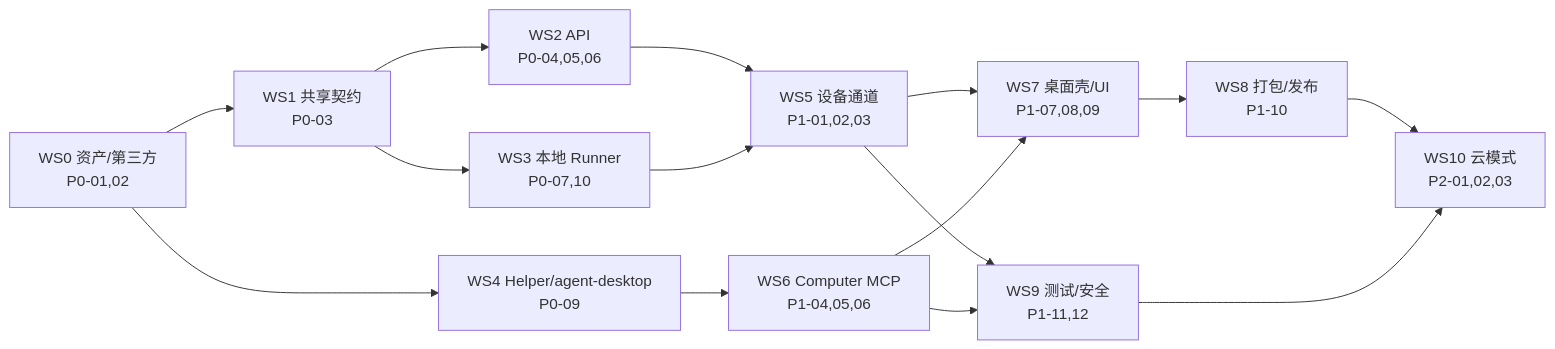
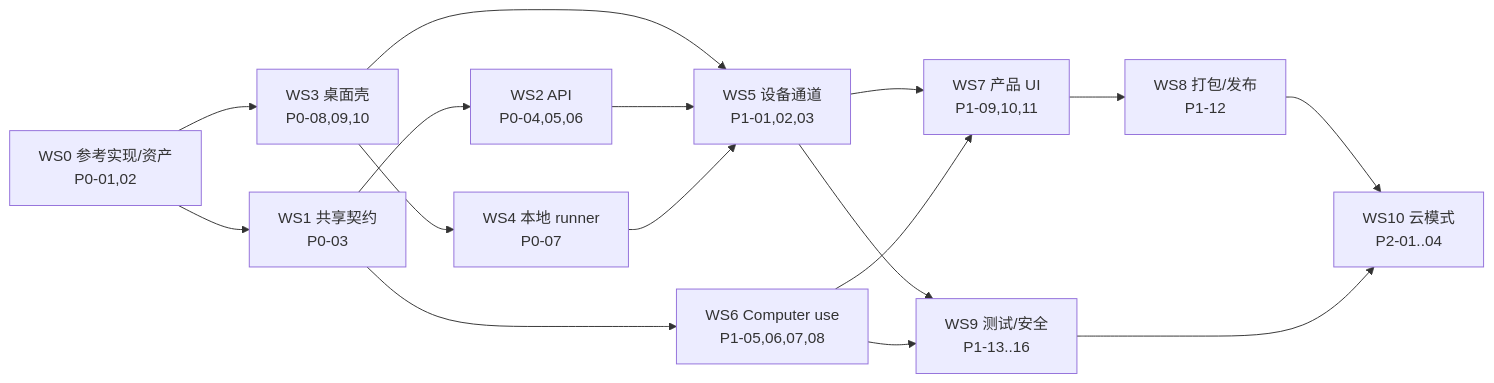
Before and after one commit to LingX-AI/LinkSense: the diagram in docs/development/linksense-desktop-dual-mode-task-breakdown-2026-11-16.md, drawn with Mermaid. The commit also changed other lines of this file and 2 other files, not shown here.

First line of the commit message:
docs: revise the desktop dual-mode plan and add an overview

````diff
--- a/docs/development/linksense-desktop-dual-mode-task-breakdown-2026-11-16.md
+++ b/docs/development/linksense-desktop-dual-mode-task-breakdown-2026-11-16.md
@@ -17,17 +42,18 @@
 ```mermaid
 flowchart LR
-    WS0["WS0 资产/第三方<br/>P0-01,02"] --> WS1["WS1 共享契约<br/>P0-03"]
+    WS0["WS0 参考实现/资产<br/>P0-01,02"] --> WS1["WS1 共享契约<br/>P0-03"]
     WS1 --> WS2["WS2 API<br/>P0-04,05,06"]
-    WS1 --> WS3["WS3 本地 Runner<br/>P0-07,10"]
-    WS0 --> WS4["WS4 Helper/agent-desktop<br/>P0-09"]
-    WS2 --> WS5["WS5 设备通道<br/>P1-01,02,03"]
-    WS3 --> WS5
-    WS4 --> WS6["WS6 Computer MCP<br/>P1-04,05,06"]
-    WS5 --> WS7["WS7 桌面壳/UI<br/>P1-07,08,09"]
+    WS1 --> WS6["WS6 Computer use<br/>P1-05,06,07,08"]
+    WS0 --> WS3["WS3 桌面壳<br/>P0-08,09,10"]
+    WS3 --> WS5["WS5 设备通道<br/>P1-01,02,03"]
+    WS2 --> WS5
+    WS3 --> WS4["WS4 本地 runner<br/>P0-07"]
+    WS4 --> WS5
+    WS5 --> WS7["WS7 产品 UI<br/>P1-09,10,11"]
     WS6 --> WS7
-    WS7 --> WS8["WS8 打包/发布<br/>P1-10"]
-    WS5 --> WS9["WS9 测试/安全<br/>P1-11,12"]
+    WS7 --> WS8["WS8 打包/发布<br/>P1-12"]
+    WS5 --> WS9["WS9 测试/安全<br/>P1-13..16"]
     WS6 --> WS9
-    WS8 --> WS10["WS10 云模式<br/>P2-01,02,03"]
+    WS8 --> WS10["WS10 云模式<br/>P2-01..04"]
     WS9 --> WS10
 ```
````
